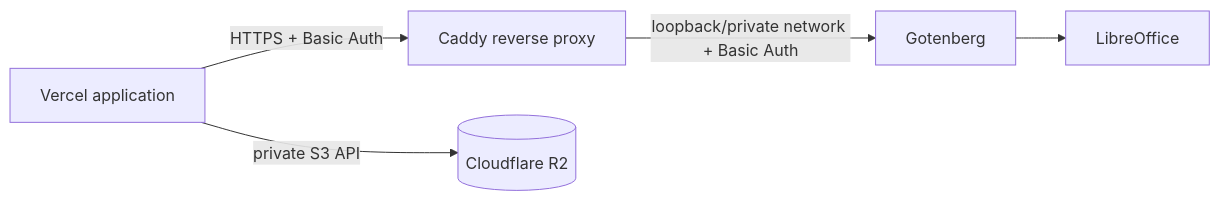
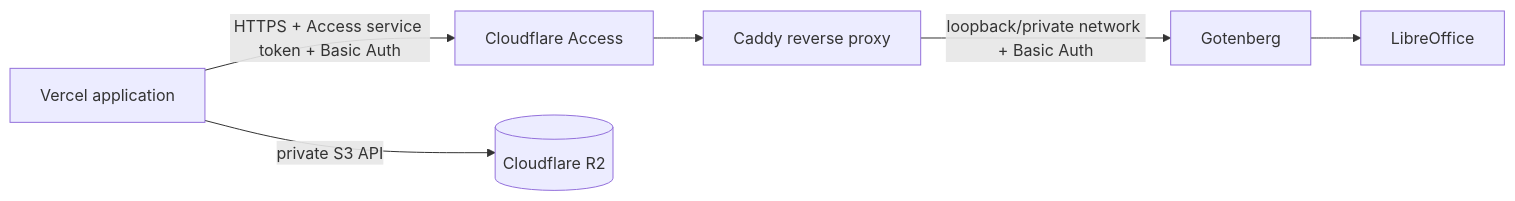
Before and after one commit to mirzahussnain/align: the diagram in docs/deployment/document-renderer.md, drawn with Mermaid. The commit also changed other lines of this file and 9 other files, not shown here.

Commit message:
feat: authenticate remote renderer through cloudflare access

````diff
--- a/docs/deployment/document-renderer.md
+++ b/docs/deployment/document-renderer.md
@@ -25,7 +25,8 @@
 ```mermaid
 flowchart LR
-  V[Vercel application] -->|HTTPS + Basic Auth| C[Caddy reverse proxy]
+  V[Vercel application] -->|HTTPS + Access service token + Basic Auth| A[Cloudflare Access]
+  A --> C[Caddy reverse proxy]
   C -->|loopback/private network + Basic Auth| G[Gotenberg]
   G --> L[LibreOffice]
   V -->|private S3 API| R[(Cloudflare R2)]
 ```
````
